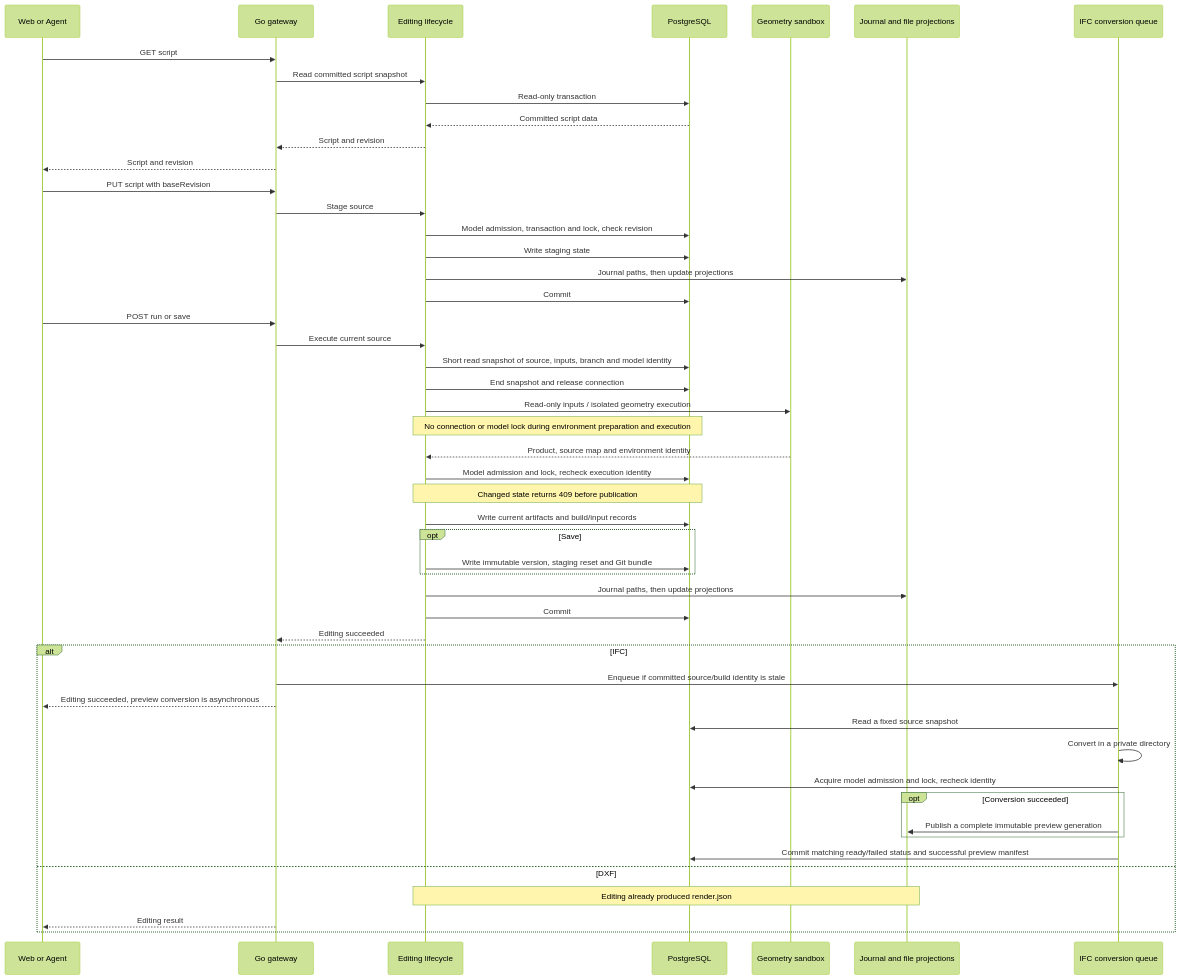
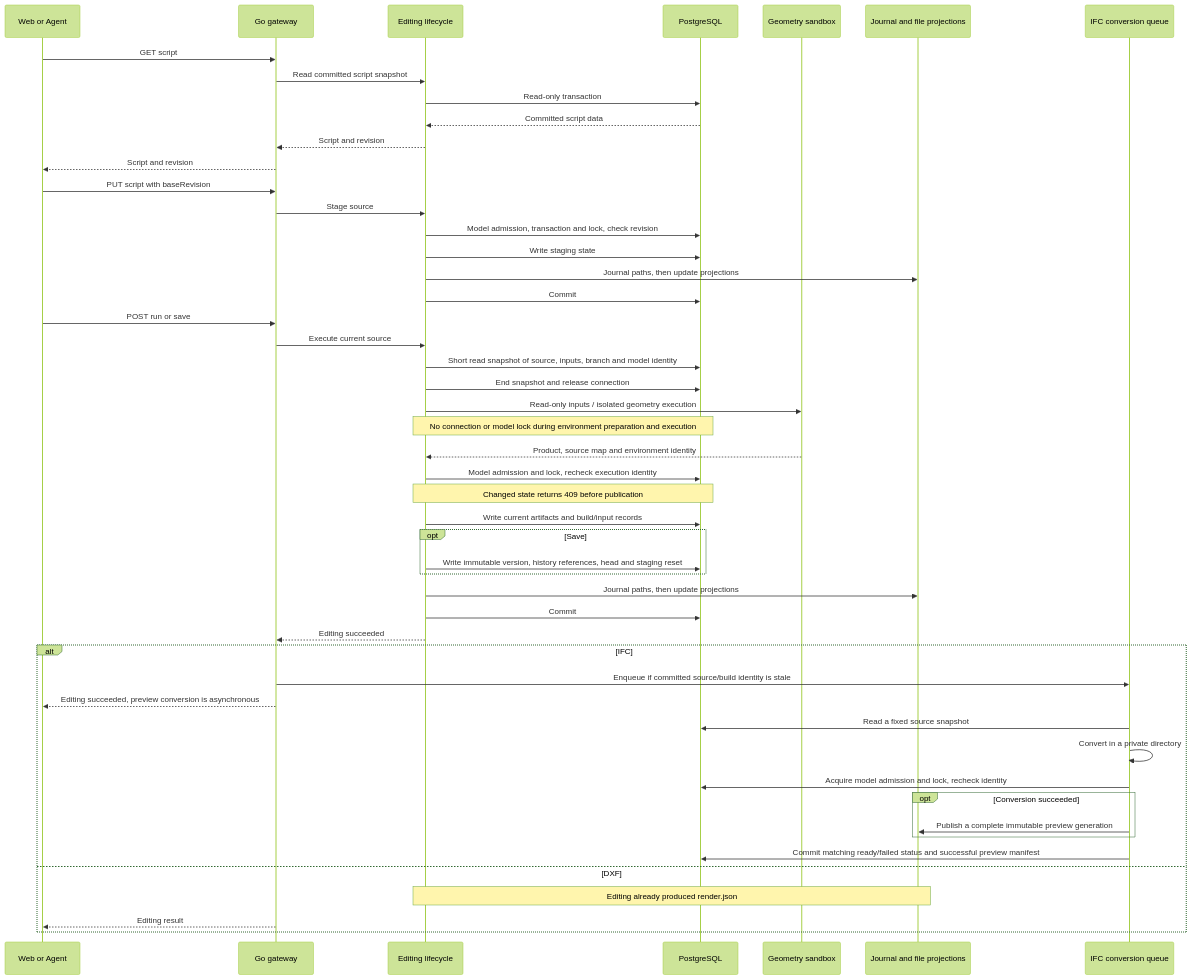
Before and after one commit to 0702hjj/SourceAEC: the second of 2 diagrams in README.md, drawn with Mermaid (forest theme). The commit also changed other lines of this file and 41 other files, not shown here.

Commit message:
Store immutable source history and project Git on demand

````diff
--- a/README.md
+++ b/README.md
@@ -79,52 +84,52 @@
 ```mermaid
 sequenceDiagram
     participant U as Web or Agent
     participant A as Go gateway
     participant E as Editing lifecycle
     participant P as PostgreSQL
     participant S as Geometry sandbox
     participant F as Journal and file projections
     participant Q as IFC conversion queue
     U->>A: GET script
     A->>E: Read committed script snapshot
     E->>P: Read-only transaction
     P-->>E: Committed script data
     E-->>A: Script and revision
     A-->>U: Script and revision
     U->>A: PUT script with baseRevision
     A->>E: Stage source
     E->>P: Model admission, transaction and lock, check revision
     E->>P: Write staging state
     E->>F: Journal paths, then update projections
     E->>P: Commit
     U->>A: POST run or save
     A->>E: Execute current source
     E->>P: Short read snapshot of source, inputs, branch and model identity
     E->>P: End snapshot and release connection
     E->>S: Read-only inputs / isolated geometry execution
     Note over E,P: No connection or model lock during environment preparation and execution
     S-->>E: Product, source map and environment identity
     E->>P: Model admission and lock, recheck execution identity
     Note over E,P: Changed state returns 409 before publication
     E->>P: Write current artifacts and build/input records
     opt Save
-        E->>P: Write immutable version, staging reset and Git bundle
+        E->>P: Write immutable version, history references, head and staging reset
     end
     E->>F: Journal paths, then update projections
     E->>P: Commit
     E-->>A: Editing succeeded
     alt IFC
         A->>Q: Enqueue if committed source/build identity is stale
         A-->>U: Editing succeeded, preview conversion is asynchronous
         Q->>P: Read a fixed source snapshot
         Q->>Q: Convert in a private directory
         Q->>P: Acquire model admission and lock, recheck identity
         opt Conversion succeeded
             Q->>F: Publish a complete immutable preview generation
         end
         Q->>P: Commit matching ready/failed status and successful preview manifest
     else DXF
         Note over E,F: Editing already produced render.json
         A-->>U: Editing result
     end
 ```
````
